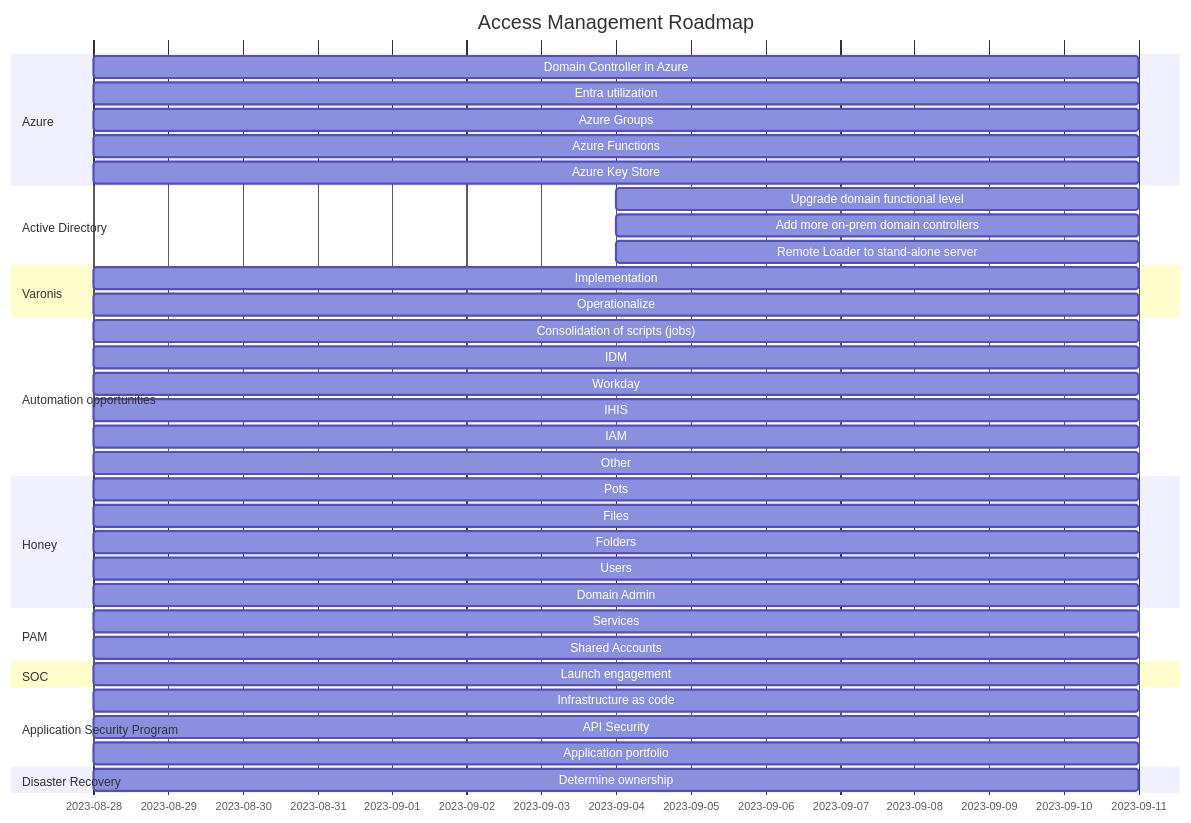
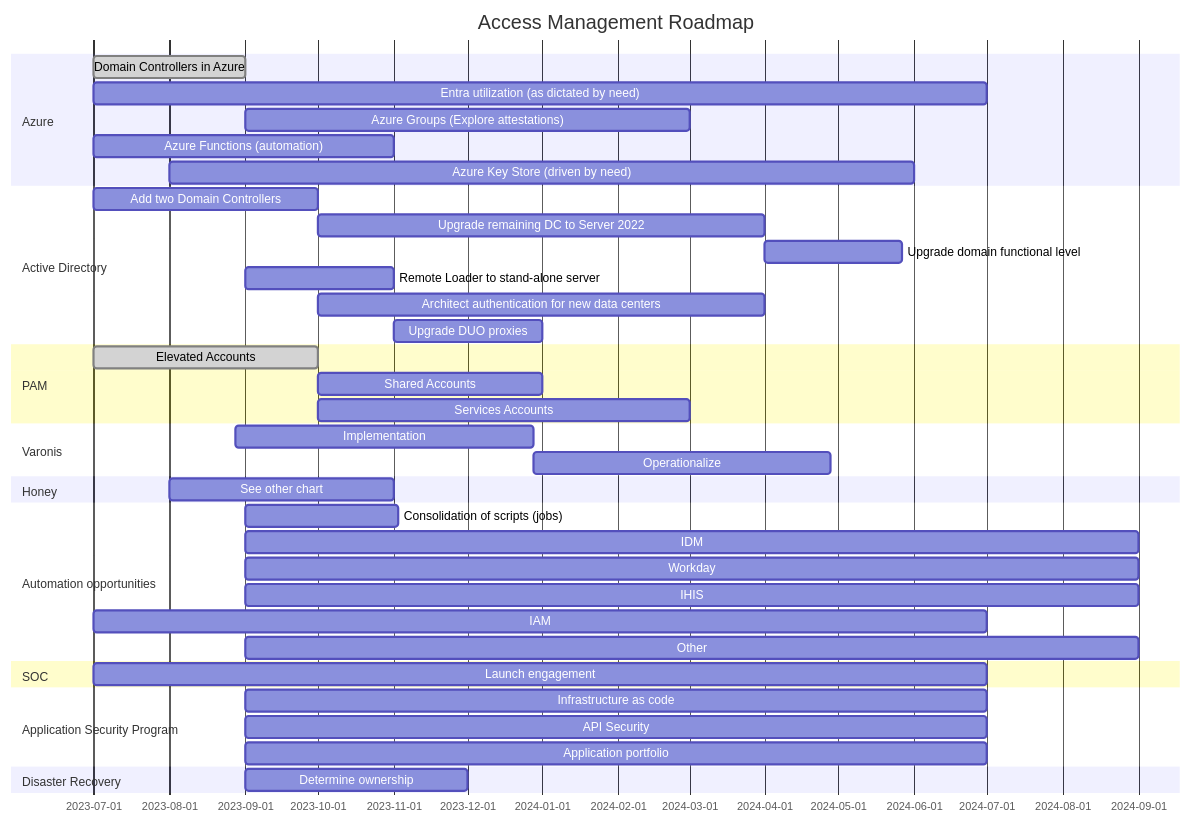
The diagram in AccessManagement.md (stahler/MermaidDiagrams), drawn with Mermaid before and after one commit.

Commit message:
Revise section

````diff
--- a/AccessManagement.md
+++ b/AccessManagement.md
@@ -1,55 +1,56 @@
 ```mermaid
 
 gantt
     title Access Management Roadmap
-    dateFormat  YYYY-MM-DD
+    dateFormat  YY-MM-DD
     todayMarker on
+
     %% excludes    Weekends
     
 section Azure
-Domain Controller in Azure                  :      2023-08-28, 2w
-Entra utilization                           :p1,   2023-08-28, 2w
-Azure Groups                                :p2,   2023-08-28, 2w
-Azure Functions                             :p3,   2023-08-28, 2w
-Azure Key Store                             :p4,   2023-08-28, 2w
+Domain Controllers in Azure             :done,2023-07-01, 2M
+Entra utilization (as dictated by need) :2023-07-01, 12M
+Azure Groups (Explore attestations)     :2023-09-01, 6M
+Azure Functions (automation)            :2023-07-01, 4M
+Azure Key Store (driven by need)        :2023-08-01, 10M
 
 section Active Directory                    
-Upgrade domain functional level             :p6,   2023-09-04, 1w
-Add more on-prem domain controllers         :p7,   2023-09-04, 1w
-Remote Loader to stand-alone server         :p8,   2023-09-04, 1w
+Add two Domain Controllers              :a1,2023-07-01, 3M
+Upgrade remaining DC to Server 2022     :a2,after a1, 6M
+Upgrade domain functional level         :a3,after a2, 8w
+Remote Loader to stand-alone server     :2023-09-01,2M
+Architect authentication for new data centers: 2023-10-01, 6M
+Upgrade DUO proxies                     :2023-11-01, 2M
+
+section PAM
+Elevated Accounts                       :done,p1, 2023-07-01, 3M
+Shared Accounts                         :after p1,3M
+Services Accounts                       :after p1,5M
 
 section Varonis
-Implementation                              :p9,  2023-08-28, 2w
-Operationalize                              :p10, 2023-08-28, 2w
+Implementation                          :v1, 2023-08-28, 4M
+Operationalize                          :after v1, 4M
+
+section Honey 
+See other chart                         :2023-08-01, 3M
 
 section Automation opportunities
-Consolidation of scripts (jobs)             :p11, 2023-08-28, 2w
-IDM                                         :p12, 2023-08-28, 2w
-Workday                                     :p13, 2023-08-28, 2w
-IHIS                                        :p14, 2023-08-28, 2w
-IAM                                         :p15, 2023-08-28, 2w
-Other                                       :p16, 2023-08-28, 2w
-
-section Honey
-Pots                                        :p17, 2023-08-28, 2w
-Files                                       :p18, 2023-08-28, 2w
-Folders                                     :p19, 2023-08-28, 2w
-Users                                       :p20, 2023-08-28, 2w
-Domain Admin                                :p21, 2023-08-28, 2w
-
-section PAM
-Services                                    :p22, 2023-08-28, 2w
-Shared Accounts                             :p23, 2023-08-28, 2w
+Consolidation of scripts (jobs)         :2023-09-01, 9w
+IDM                                     :2023-09-01, 12M
+Workday                                 :2023-09-01, 12M
+IHIS                                    :2023-09-01, 12M
+IAM                                     :2023-07-01, 12M
+Other                                   :2023-09-01, 12M
 
 section SOC
-Launch engagement                           :p24, 2023-08-28, 2w
+Launch engagement                       :2023-07-01, 12M
 
-section Application Security Program
-Infrastructure as code                      :p25, 2023-08-28, 2w
-API Security                                :p26, 2023-08-28, 2w
-Application portfolio                       :p27, 2023-08-28, 2w
+section Application Security Program   
+Infrastructure as code                  :2023-09-01, 10M
+API Security                            :2023-09-01, 10M
+Application portfolio                   :2023-09-01, 10M
 
 section Disaster Recovery
-Determine ownership                         :p28, 2023-08-28, 2w
+Determine ownership                     :2023-09-01, 3M
 
 ```
````
